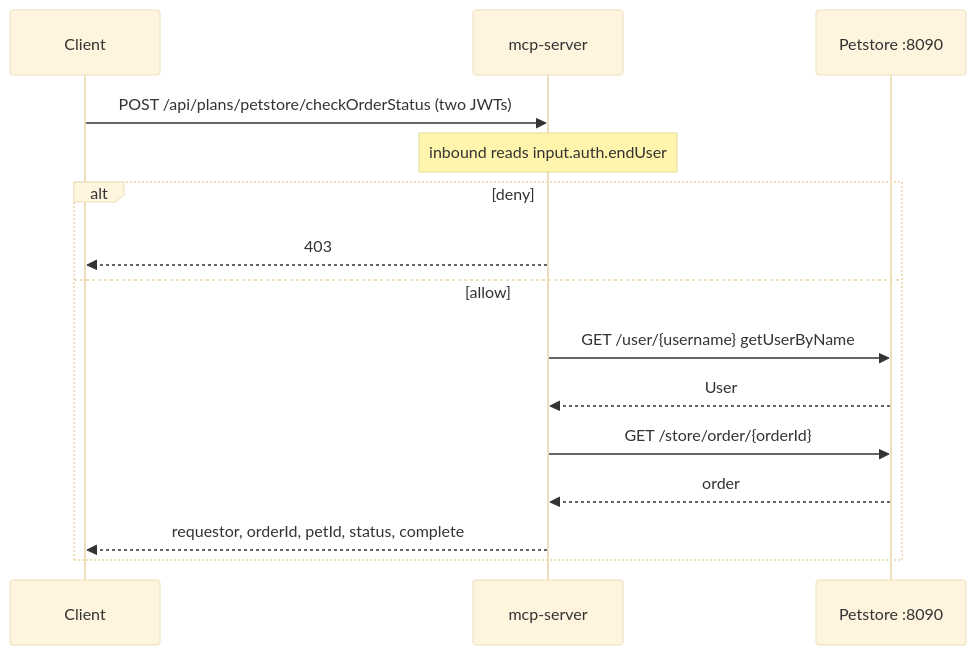
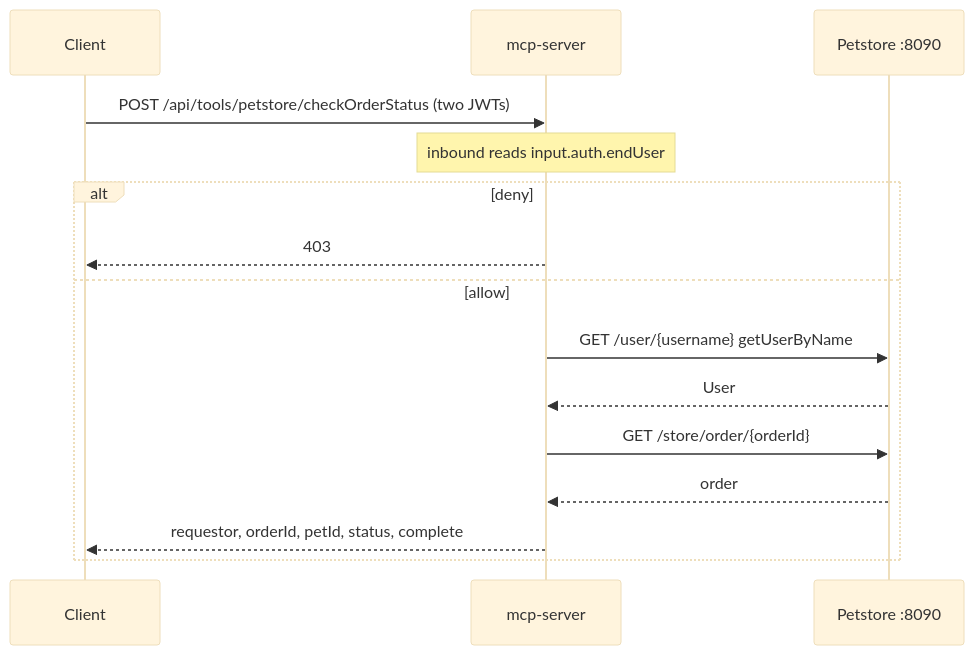
Before and after one commit to mevansam/context-mesh-engine: the eighth of 10 diagrams in examples/petstore/README.md, drawn with Mermaid (base theme). The commit also changed other lines of this file, not shown here.

First line of the commit message:
Update README.md to reflect new API endpoint structure and security requirements

````diff
--- a/examples/petstore/README.md
+++ b/examples/petstore/README.md
@@ -394,18 +404,18 @@
 ```mermaid
 sequenceDiagram
   participant C as Client
   participant H as mcp-server
   participant P as Petstore :8090
 
-  C->>H: POST /api/plans/petstore/checkOrderStatus (two JWTs)
+  C->>H: POST /api/tools/petstore/checkOrderStatus (two JWTs)
   Note over H: inbound reads input.auth.endUser
   alt deny
     H-->>C: 403
   else allow
     H->>P: GET /user/{username} getUserByName
     P-->>H: User
     H->>P: GET /store/order/{orderId}
     P-->>H: order
     H-->>C: requestor, orderId, petId, status, complete
   end
 ```
````
